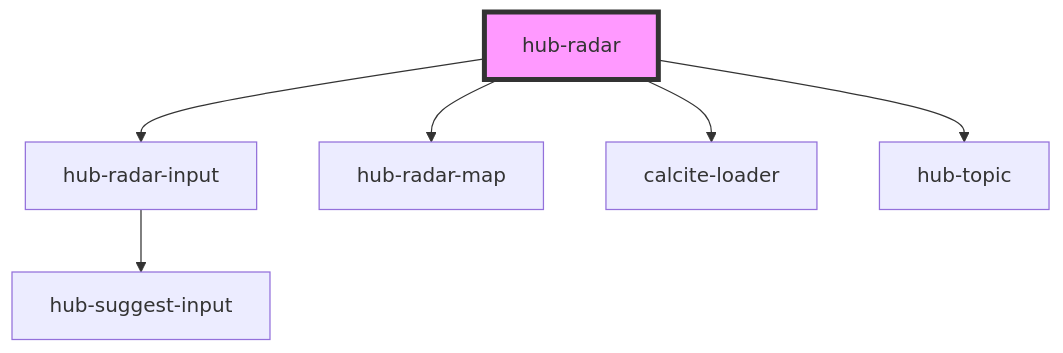
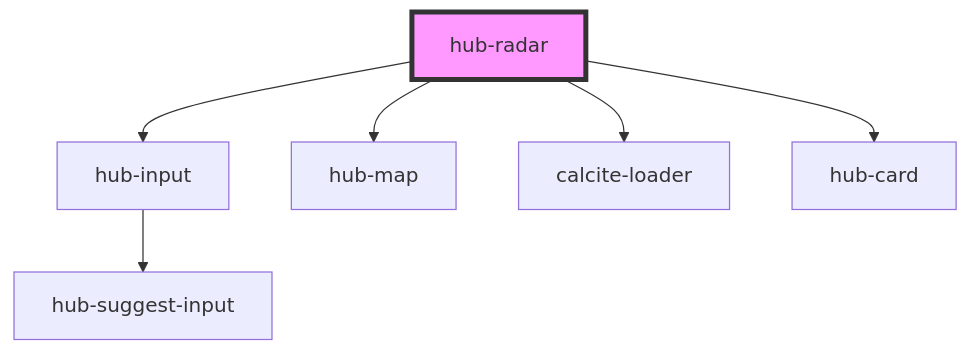
The diagram in src/components/hub-radar/readme.md (ajturner/proximity), drawn with Mermaid before and after one commit. The commit also changed other lines of this file and 37 other files, not shown here.

````diff
--- a/src/components/hub-radar/readme.md
+++ b/src/components/hub-radar/readme.md
@@ -32,9 +32,9 @@
 ```mermaid
 graph TD;
-  hub-radar --> hub-radar-input
-  hub-radar --> hub-radar-map
+  hub-radar --> hub-input
+  hub-radar --> hub-map
   hub-radar --> calcite-loader
-  hub-radar --> hub-topic
-  hub-radar-input --> hub-suggest-input
+  hub-radar --> hub-card
+  hub-input --> hub-suggest-input
   style hub-radar fill:#f9f,stroke:#333,stroke-width:4px
 ```
````
